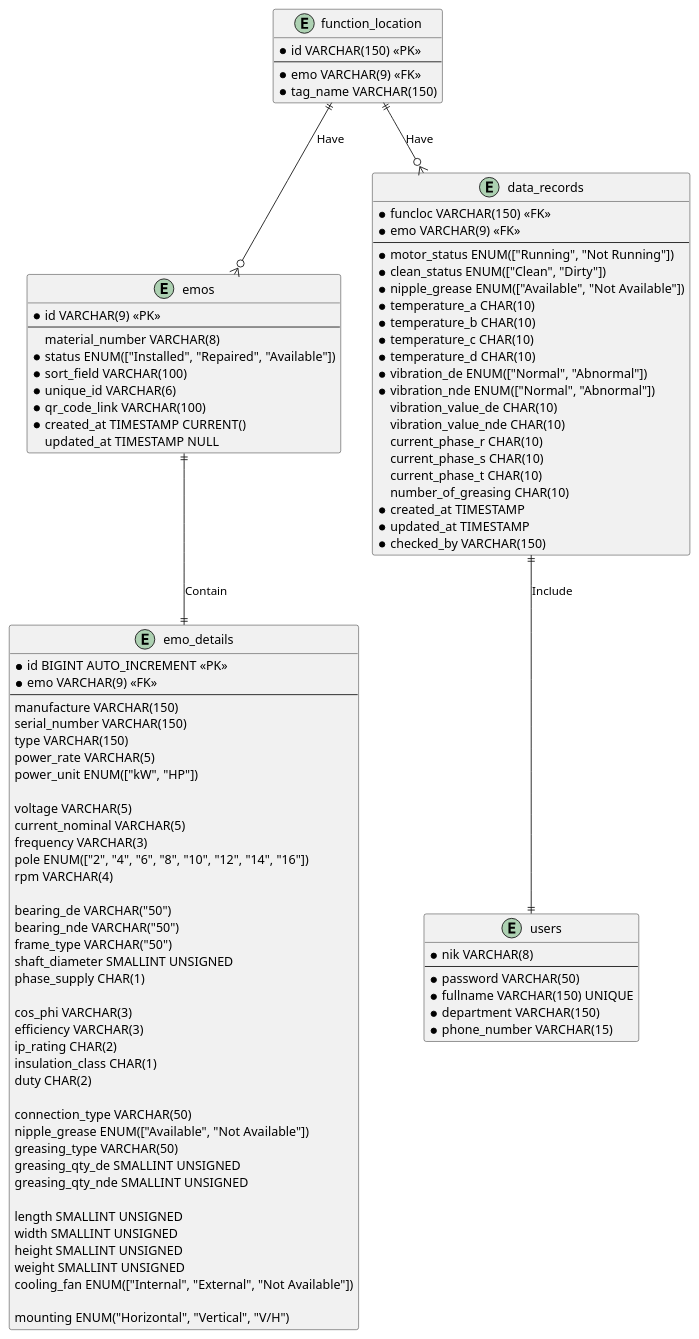
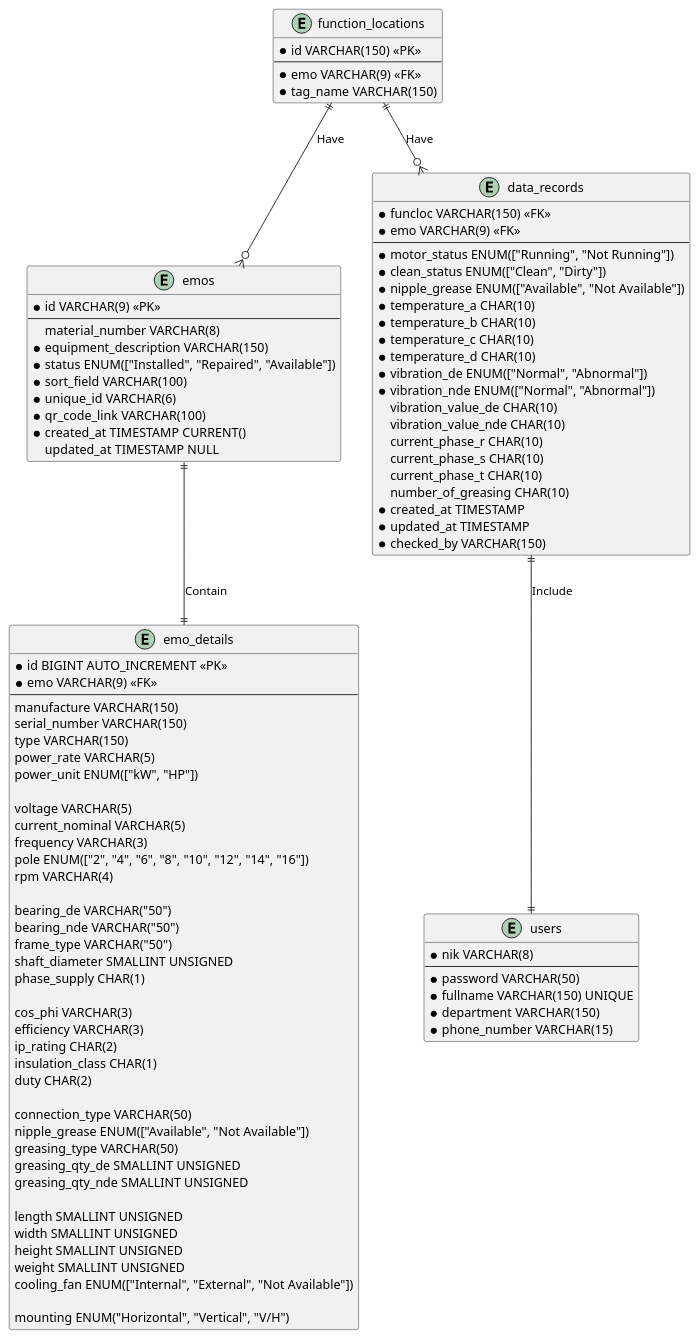
One commit to doniduaasattuu/fajar-e-maintenance changed the diagram in database/fajar_e_maintenance.puml. Above: the diagram before and after it, drawn with PlantUML. The commit also changed 10 other files, not shown here.

Commit message:
create table function_locations

```diff
--- a/database/fajar_e_maintenance.puml
+++ b/database/fajar_e_maintenance.puml
@@ -1,106 +1,107 @@
 @startuml fajar_e_maintenance
 
-entity function_location
+entity function_locations
 {
     * id VARCHAR(150) <<PK>>
     --
     * emo VARCHAR(9) <<FK>>
     * tag_name VARCHAR(150)
 }
 
 entity emos
 {
     * id VARCHAR(9) <<PK>>
     --
       material_number VARCHAR(8)
+    * equipment_description VARCHAR(150)
     * status ENUM(["Installed", "Repaired", "Available"])
     * sort_field VARCHAR(100)
     * unique_id VARCHAR(6)
     * qr_code_link VARCHAR(100) 
     * created_at TIMESTAMP CURRENT()
       updated_at TIMESTAMP NULL
 }
 
 entity emo_details {
     * id BIGINT AUTO_INCREMENT <<PK>>
     * emo VARCHAR(9) <<FK>>
     --
     manufacture VARCHAR(150)
     serial_number VARCHAR(150)
     type VARCHAR(150)
     power_rate VARCHAR(5)
     power_unit ENUM(["kW", "HP"])
 
     voltage VARCHAR(5)
     current_nominal VARCHAR(5)
     frequency VARCHAR(3)
     pole ENUM(["2", "4", "6", "8", "10", "12", "14", "16"])
     rpm VARCHAR(4)
 
     bearing_de VARCHAR("50")
     bearing_nde VARCHAR("50")
     frame_type VARCHAR("50")
     shaft_diameter SMALLINT UNSIGNED
     phase_supply CHAR(1)
 
     cos_phi VARCHAR(3)
     efficiency VARCHAR(3)
     ip_rating CHAR(2)
     insulation_class CHAR(1)
     duty CHAR(2)
 
     connection_type VARCHAR(50)
     nipple_grease ENUM(["Available", "Not Available"])
     greasing_type VARCHAR(50)
     greasing_qty_de SMALLINT UNSIGNED
     greasing_qty_nde SMALLINT UNSIGNED
 
     length SMALLINT UNSIGNED
     width SMALLINT UNSIGNED
     height SMALLINT UNSIGNED
     weight SMALLINT UNSIGNED
     cooling_fan ENUM(["Internal", "External", "Not Available"])
 
     mounting ENUM("Horizontal", "Vertical", "V/H")
 }
 
 entity data_records {
     * funcloc VARCHAR(150) <<FK>>
     * emo VARCHAR(9) <<FK>>
     --
     * motor_status ENUM(["Running", "Not Running"])
     * clean_status ENUM(["Clean", "Dirty"])
     * nipple_grease ENUM(["Available", "Not Available"])
     * temperature_a CHAR(10)
     * temperature_b CHAR(10)
     * temperature_c CHAR(10)
     * temperature_d CHAR(10)
     * vibration_de ENUM(["Normal", "Abnormal"])
     * vibration_nde ENUM(["Normal", "Abnormal"])
       vibration_value_de CHAR(10)
       vibration_value_nde CHAR(10)
       current_phase_r CHAR(10)
       current_phase_s CHAR(10)
       current_phase_t CHAR(10)
       number_of_greasing CHAR(10)
     * created_at TIMESTAMP
     * updated_at TIMESTAMP
     * checked_by VARCHAR(150)
 }
 
 entity users {
     * nik VARCHAR(8)
     --
     * password VARCHAR(50)
     * fullname VARCHAR(150) UNIQUE
     * department VARCHAR(150)
     * phone_number VARCHAR(15)
 }
  
-function_location ||--o{ emos : Have
-function_location ||--o{ data_records : Have
+function_locations ||--o{ emos : Have
+function_locations ||--o{ data_records : Have
 emos ||--|| emo_details : Contain
 data_records ||--|| users : Include
 
 
 @enduml
```
